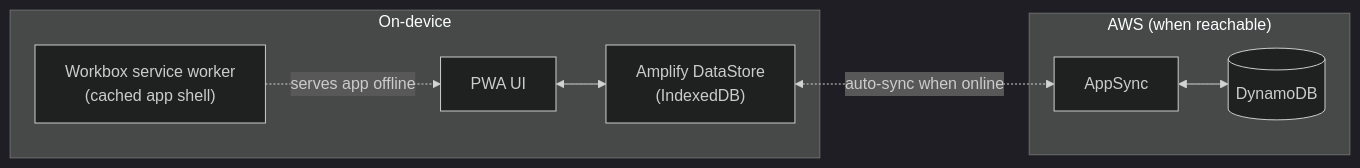
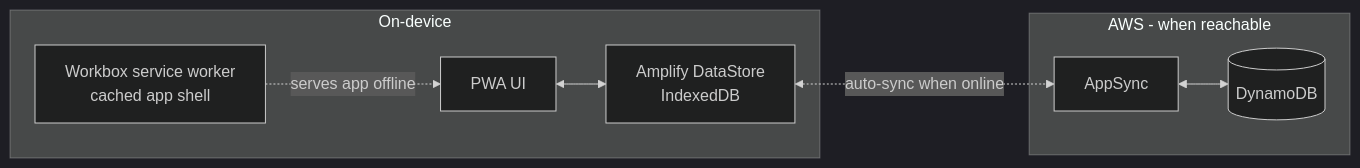
The fifth of 5 diagrams in docs/ARCHITECTURE.md (Nikorshun/autoexpense), drawn with Mermaid (dark theme) before and after one commit. The commit also changed other lines of this file and 3 other files, not shown here.

First line of the commit message:
Make all docs Mermaid diagrams GitHub-safe

````diff
--- a/docs/ARCHITECTURE.md
+++ b/docs/ARCHITECTURE.md
@@ -210,16 +201,16 @@
 ```mermaid
 flowchart LR
     subgraph Device["On-device"]
         UI["PWA UI"]
-        DS["Amplify DataStore<br/>(IndexedDB)"]
-        SW["Workbox service worker<br/>(cached app shell)"]
+        DS["Amplify DataStore<br/>IndexedDB"]
+        SW["Workbox service worker<br/>cached app shell"]
     end
-    subgraph Cloud["AWS (when reachable)"]
+    subgraph Cloud["AWS - when reachable"]
         AS["AppSync"]
         DDB[("DynamoDB")]
     end
 
     UI <--> DS
     SW -. serves app offline .-> UI
     DS <-. auto-sync when online .-> AS <--> DDB
 ```
````
